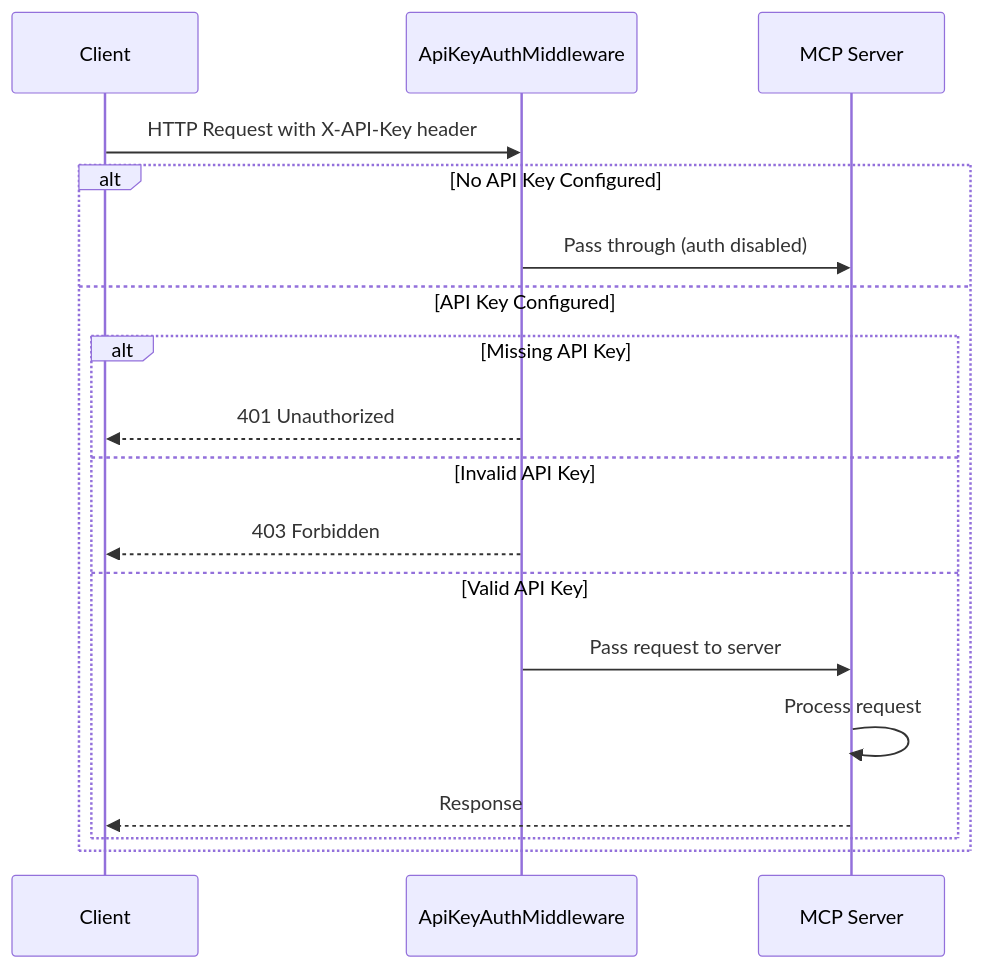
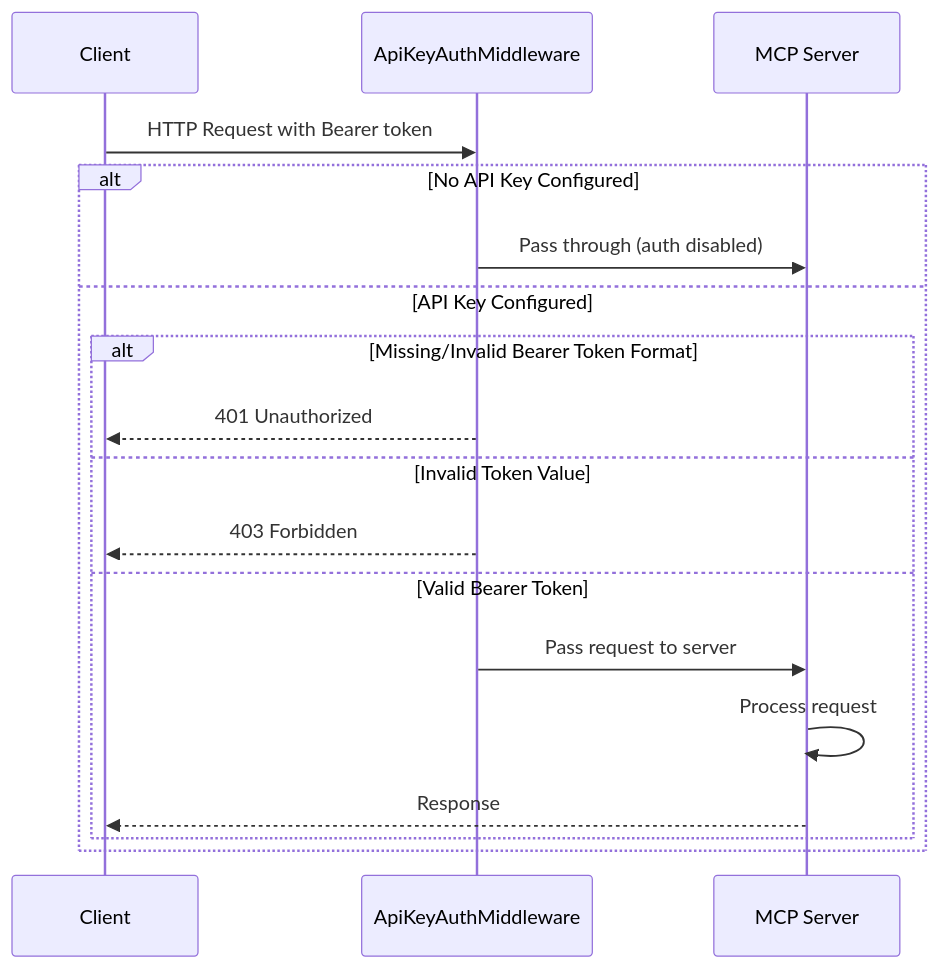
Before and after one commit to 7045kHz/mssqlMCP: the sixth of 10 diagrams in Documentation/Architecture.md, drawn with Mermaid. The commit also changed other lines of this file and 14 other files, not shown here.

````diff
--- a/Documentation/Architecture.md
+++ b/Documentation/Architecture.md
@@ -304,21 +304,20 @@
 ```mermaid
-sequenceDiagram
-    participant Client as Client
+sequenceDiagram    participant Client as Client
     participant Middleware as ApiKeyAuthMiddleware
     participant Server as MCP Server
 
-    Client->>Middleware: HTTP Request with X-API-Key header
+    Client->>Middleware: HTTP Request with Bearer token
     alt No API Key Configured
         Middleware->>Server: Pass through (auth disabled)
     else API Key Configured
-        alt Missing API Key
+        alt Missing/Invalid Bearer Token Format
             Middleware-->>Client: 401 Unauthorized
-        else Invalid API Key
+        else Invalid Token Value
             Middleware-->>Client: 403 Forbidden
-        else Valid API Key
+        else Valid Bearer Token
             Middleware->>Server: Pass request to server
             Server->>Server: Process request
             Server-->>Client: Response
         end
     end
 ```
````
